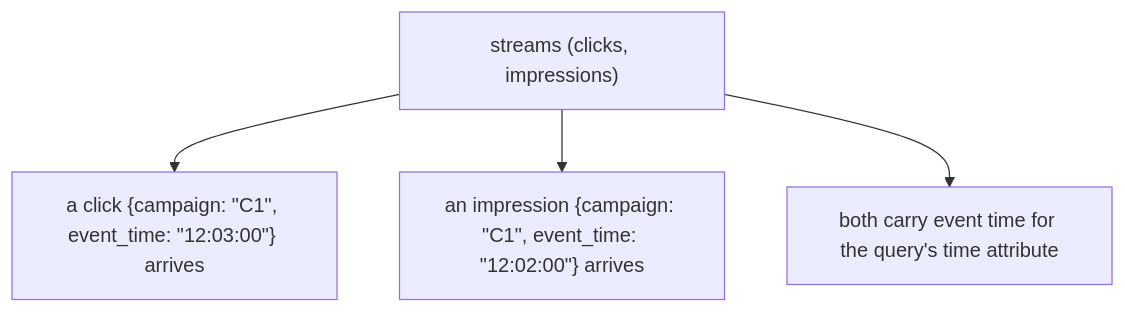
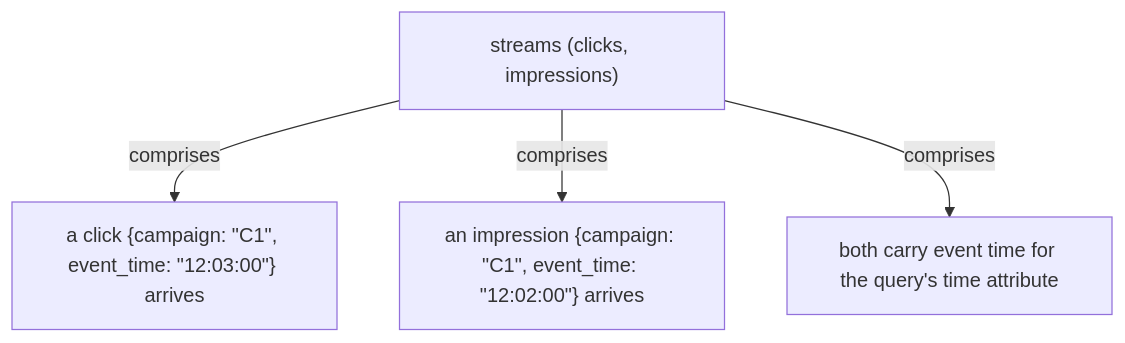
The fourth of 19 diagrams in docs/ch08-streaming-sql.md (vinayakuber/streaming-systems-study-guide), drawn with Mermaid before and after one commit. The commit also changed other lines of this file and 22 other files, not shown here.

First line of the commit message:
R18: label every diagram arrow with its meaning

````diff
--- a/docs/ch08-streaming-sql.md
+++ b/docs/ch08-streaming-sql.md
@@ -143,7 +143,7 @@
 ```mermaid
 flowchart TD
   R["streams (clicks, impressions)"]
-  R --> P0["a click {campaign: #quot;C1#quot;, event_time: #quot;12:03:00#quot;} arrives"]
-  R --> P1["an impression {campaign: #quot;C1#quot;, event_time: #quot;12:02:00#quot;} arrives"]
-  R --> P2["both carry event time for the query's time attribute"]
+  R -->|"comprises"| P0["a click {campaign: #quot;C1#quot;, event_time: #quot;12:03:00#quot;} arrives"]
+  R -->|"comprises"| P1["an impression {campaign: #quot;C1#quot;, event_time: #quot;12:02:00#quot;} arrives"]
+  R -->|"comprises"| P2["both carry event time for the query's time attribute"]
 ```
````
